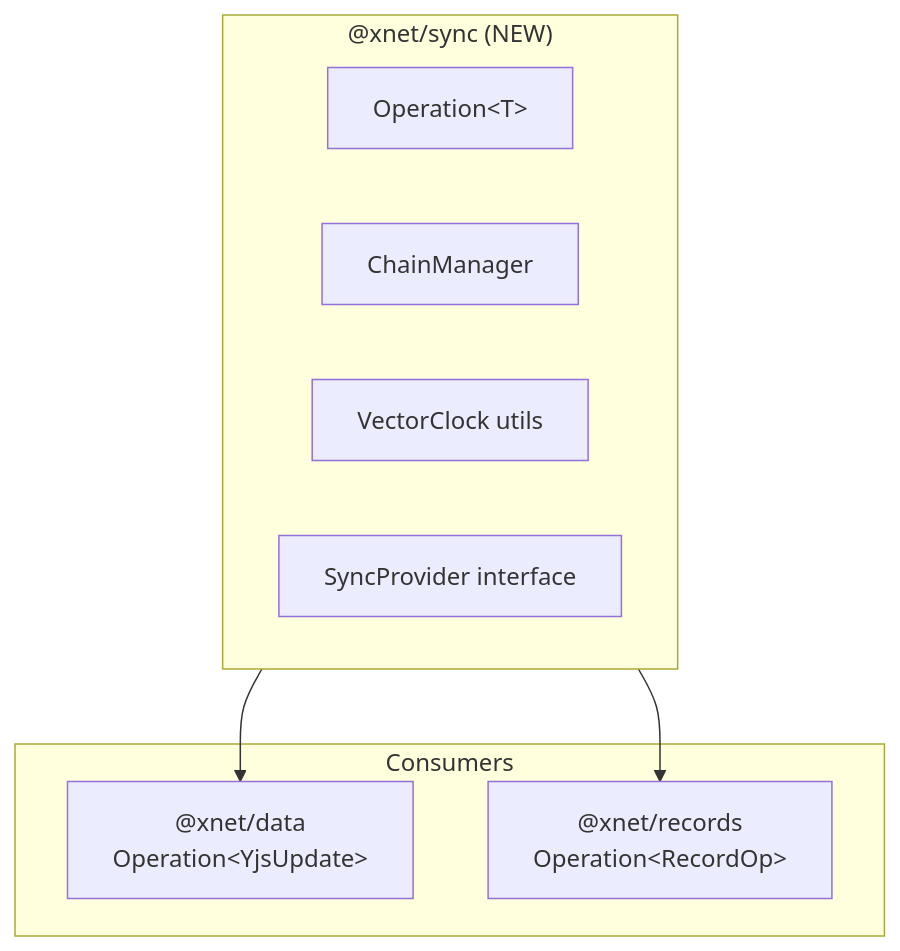
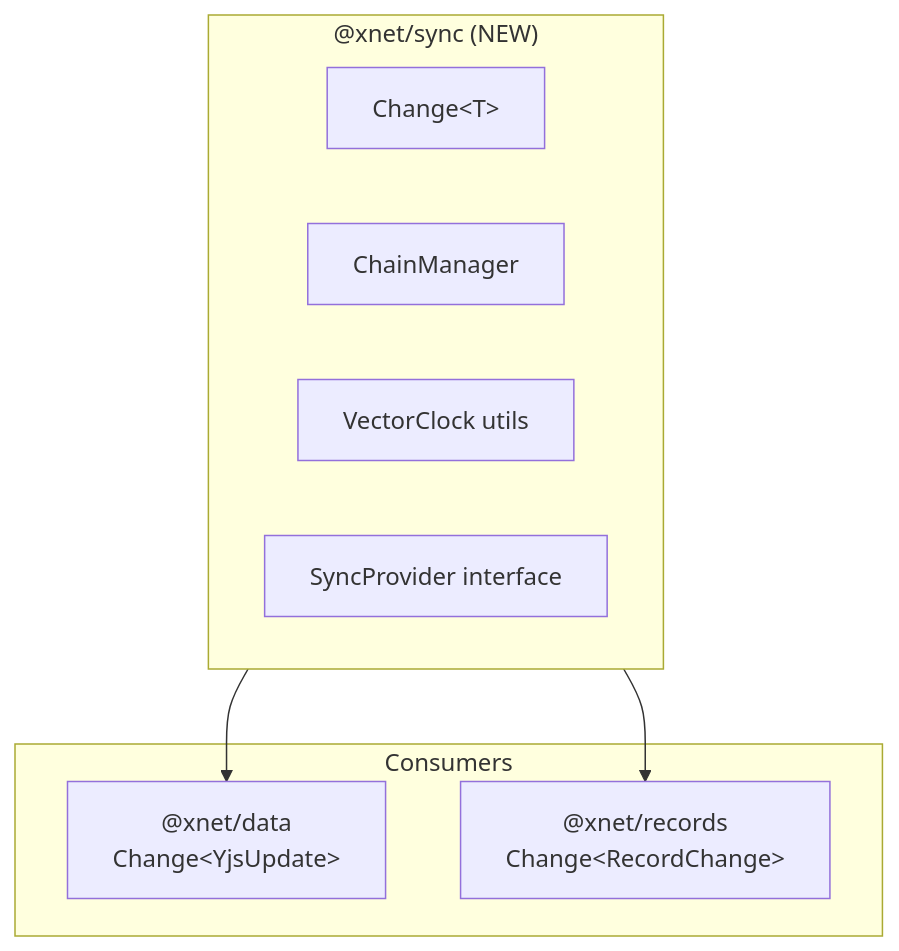
Before and after one commit to crs48/xNet: the diagram in docs/planStep02_1DataModelConsolidation/01-xnet-sync-package.md, drawn with Mermaid. The commit also changed other lines of this file and 5 other files, not shown here.

````diff
--- a/docs/planStep02_1DataModelConsolidation/01-xnet-sync-package.md
+++ b/docs/planStep02_1DataModelConsolidation/01-xnet-sync-package.md
@@ -13,17 +13,17 @@
 ```mermaid
 flowchart TD
     subgraph sync["@xnet/sync (NEW)"]
-        OP["Operation&lt;T&gt;"]
+        OP["Change&lt;T&gt;"]
         CHAIN["ChainManager"]
         CLOCK["VectorClock utils"]
         PROVIDER["SyncProvider interface"]
     end
 
     subgraph consumers["Consumers"]
-        DATA["@xnet/data<br/>Operation&lt;YjsUpdate&gt;"]
-        RECORDS["@xnet/records<br/>Operation&lt;RecordOp&gt;"]
+        DATA["@xnet/data<br/>Change&lt;YjsUpdate&gt;"]
+        RECORDS["@xnet/records<br/>Change&lt;RecordChange&gt;"]
     end
 
     sync --> DATA
     sync --> RECORDS
 ```
````
